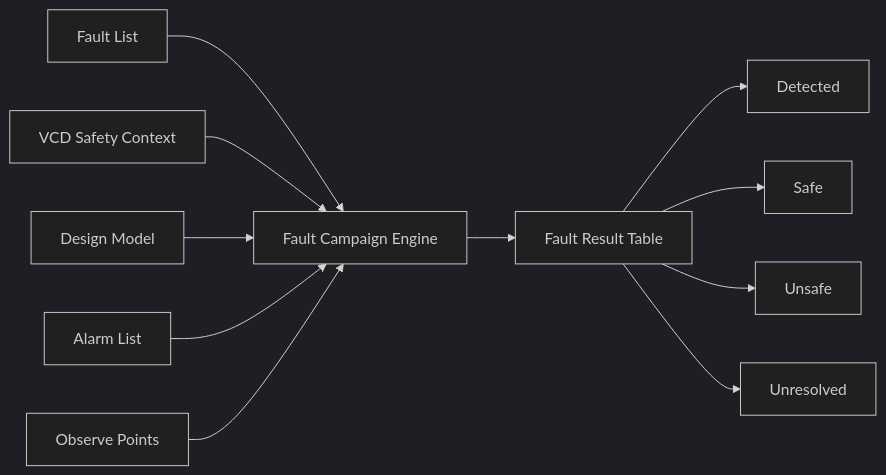
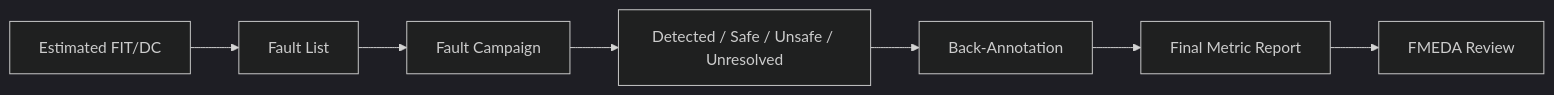
Before and after one commit to qiqixixi1001/automotive-safeic-practice: the seventh of 8 diagrams in articles/01_automotive_safeic_practice_d01_github_en_revised.md, drawn with Mermaid (dark theme). The commit also changed other lines of this file, not shown here.

````diff
--- a/articles/01_automotive_safeic_practice_d01_github_en_revised.md
+++ b/articles/01_automotive_safeic_practice_d01_github_en_revised.md
@@ -288,13 +660,9 @@
 ```mermaid
 flowchart LR
-    A[Fault List] --> C[Fault Campaign Engine]
-    B[VCD Safety Context] --> C
-    D[Design Model] --> C
-    E[Alarm List] --> C
-    F[Observe Points] --> C
-    C --> G[Fault Result Table]
-    G --> H[Detected]
-    G --> I[Safe]
-    G --> J[Unsafe]
-    G --> K[Unresolved]
+    A[Estimated FIT/DC] --> B[Fault List]
+    B --> C[Fault Campaign]
+    C --> D[Detected / Safe / Unsafe / Unresolved]
+    D --> E[Back-Annotation]
+    E --> F[Final Metric Report]
+    F --> G[FMEDA Review]
 ```
````
